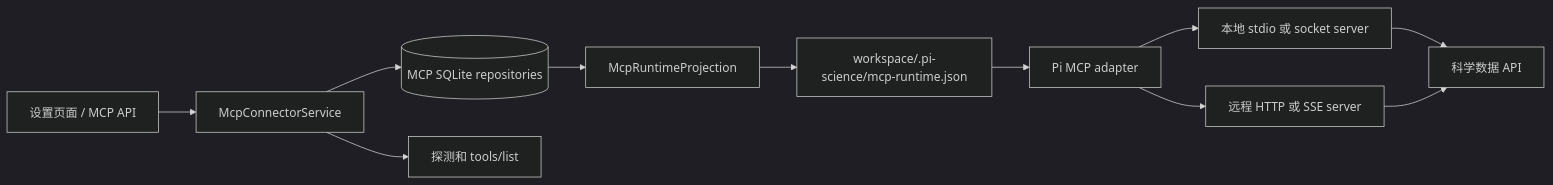
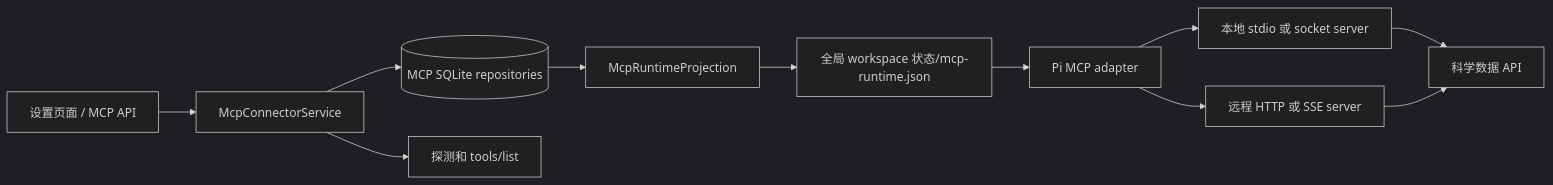
Before and after one commit to Garhorne0813/pi-science: the fourth of 4 diagrams in docs/architecture.zh-CN.md, drawn with Mermaid (dark theme). The commit also changed other lines of this file and 65 other files, not shown here.

````diff
--- a/docs/architecture.zh-CN.md
+++ b/docs/architecture.zh-CN.md
@@ -241,13 +242,13 @@
 ```mermaid
 flowchart LR
     UI[设置页面 / MCP API] --> S[McpConnectorService]
     S --> DB[(MCP SQLite repositories)]
     S --> P[探测和 tools/list]
     DB --> RP[McpRuntimeProjection]
-    RP --> F[workspace/.pi-science/mcp-runtime.json]
+    RP --> F[全局 workspace 状态/mcp-runtime.json]
     F --> A[Pi MCP adapter]
     A --> L[本地 stdio 或 socket server]
     A --> H[远程 HTTP 或 SSE server]
     L --> D[科学数据 API]
     H --> D
 ```
````
